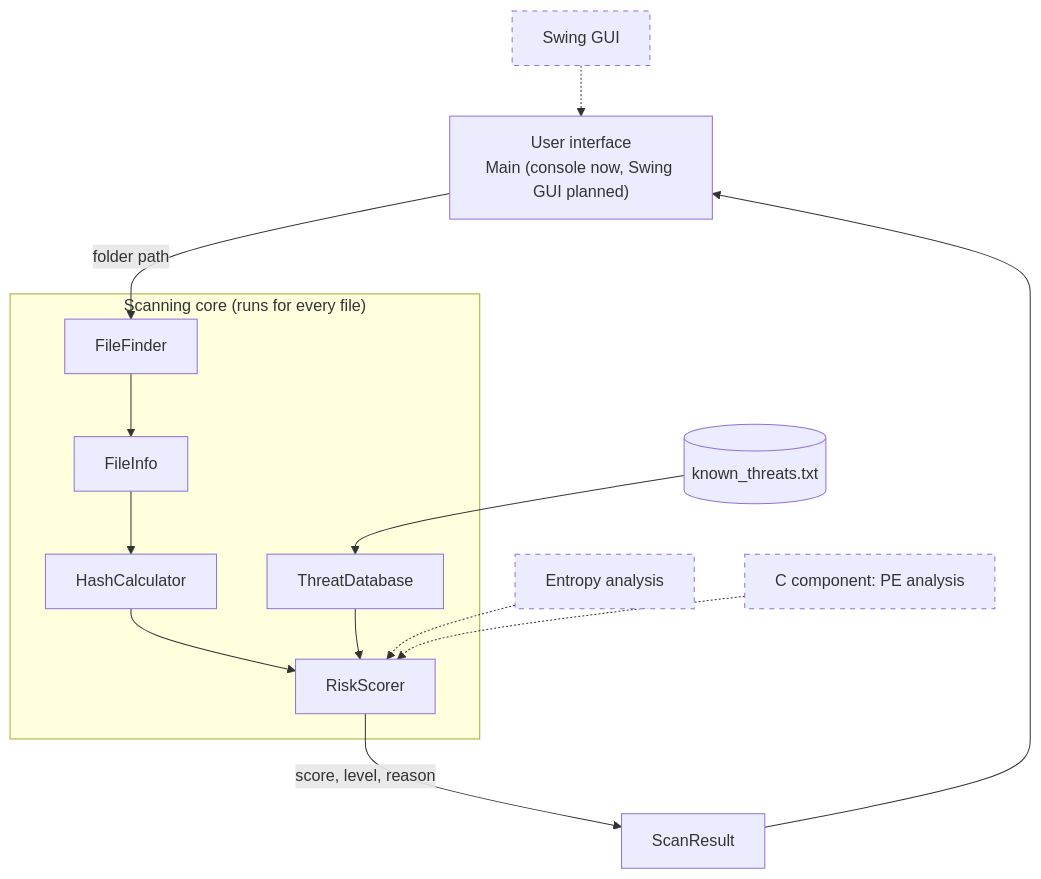
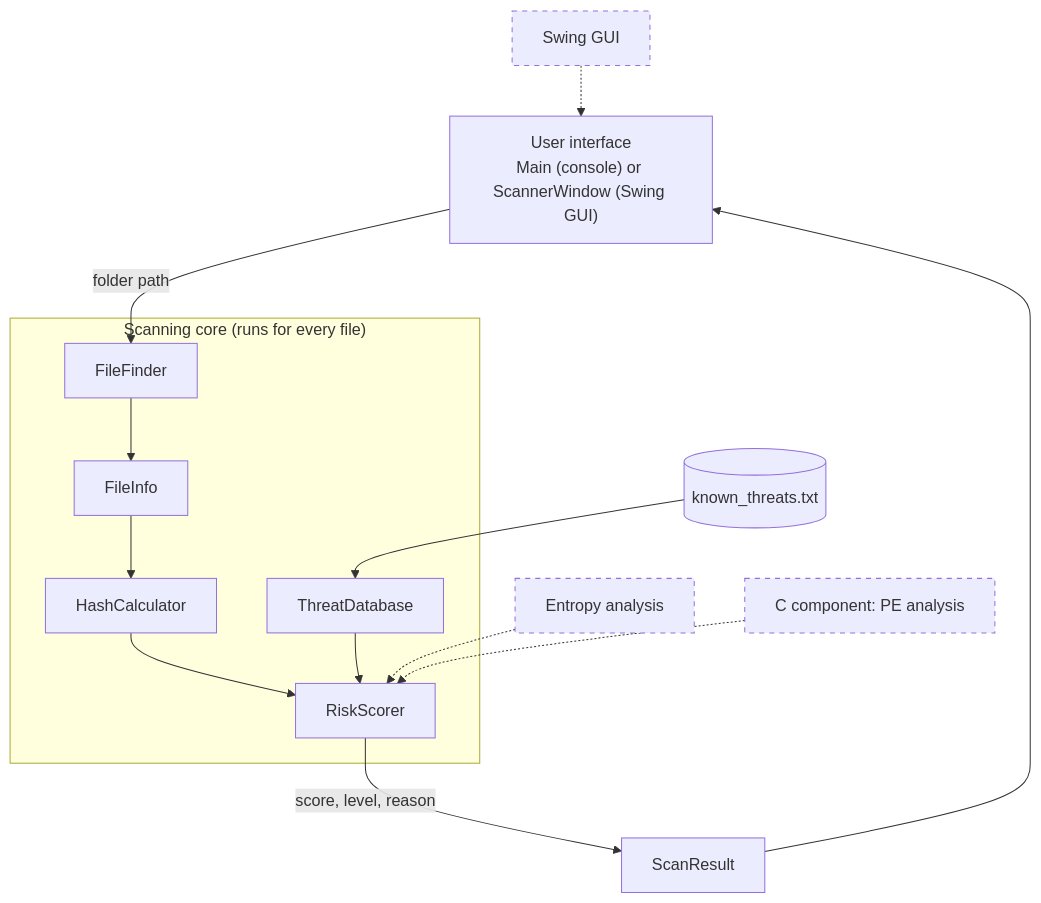
One commit to Phlorenci/sentinel-scan-java-c changed the diagram in docs/ARCHITECTURE.md. Above: the diagram before and after it, drawn with Mermaid. The commit also changed other lines of this file and 1 other file, not shown here.

Commit message:
Add Swing GUI with background scanning so the window doesn't freeze

````diff
--- a/docs/ARCHITECTURE.md
+++ b/docs/ARCHITECTURE.md
@@ -9,22 +9,22 @@
 ```mermaid
 flowchart TD
-    UI["User interface<br/>Main (console now, Swing GUI planned)"]
+    UI["User interface<br/>Main (console) or ScannerWindow (Swing GUI)"]
 
     subgraph Core["Scanning core (runs for every file)"]
         FF[FileFinder] --> FI[FileInfo]
         FI --> HC[HashCalculator]
         HC --> RS[RiskScorer]
         TD[ThreatDatabase] --> RS
     end
 
     TF[("known_threats.txt")] --> TD
     UI -->|folder path| FF
     RS -->|score, level, reason| SR[ScanResult]
     SR --> UI
 
     GUI[Swing GUI]:::planned -.-> UI
     EN[Entropy analysis]:::planned -.-> RS
     PE[C component: PE analysis]:::planned -.-> RS
 
     classDef planned stroke-dasharray: 5 5;
 ```
````
